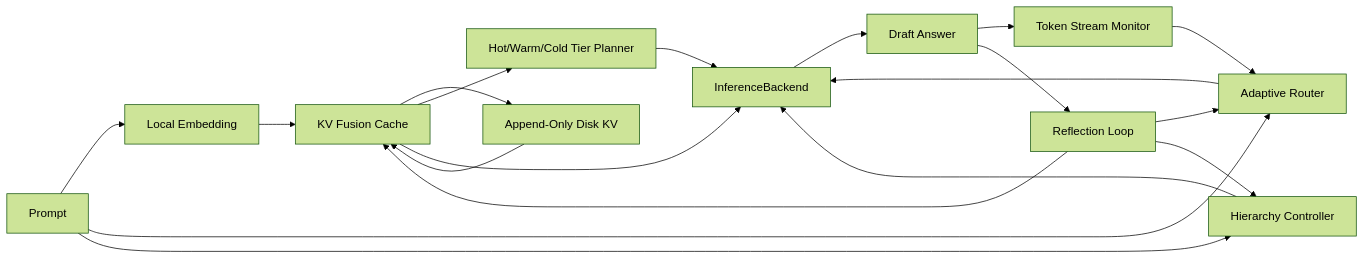
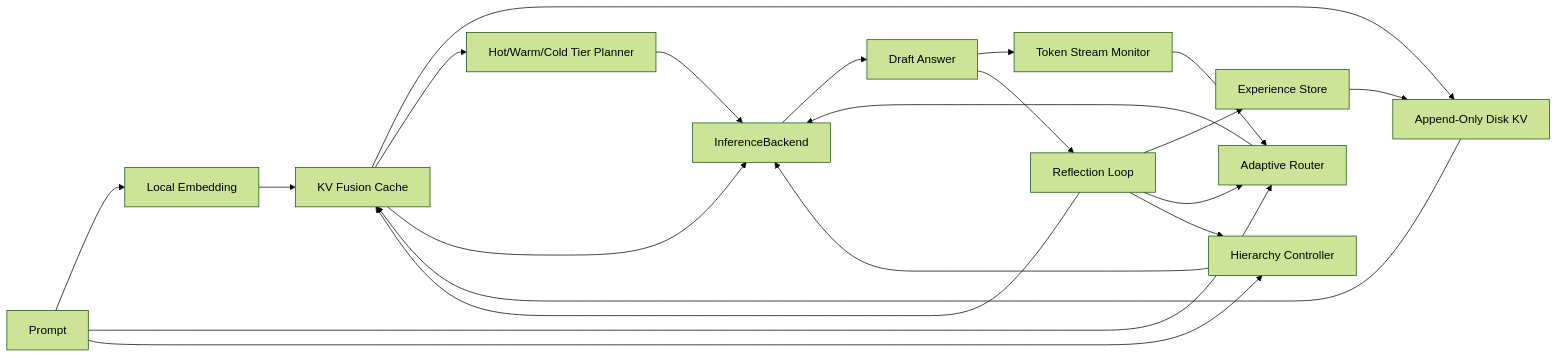
One commit to yanghao1143/rust-norion changed the diagram in README.md. Above: the diagram before and after it, drawn with Mermaid (forest theme). The commit also changed other lines of this file and 4 other files, not shown here.

Commit message:
Add structured experience store

````diff
--- a/README.md
+++ b/README.md
@@ -89,21 +92,23 @@
 ```mermaid
 flowchart LR
     Prompt[Prompt] --> Embed[Local Embedding]
     Embed --> Memory[KV Fusion Cache]
     Memory --> DiskKV[Append-Only Disk KV]
     Memory --> Tiers[Hot/Warm/Cold Tier Planner]
     Prompt --> Router[Adaptive Router]
     Prompt --> Hierarchy[Hierarchy Controller]
     Memory --> Backend[InferenceBackend]
     DiskKV --> Memory
     Tiers --> Backend
     Router --> Backend
     Hierarchy --> Backend
     Backend --> Draft[Draft Answer]
     Draft --> Stream[Token Stream Monitor]
     Draft --> Reflect[Reflection Loop]
     Stream --> Router
+    Reflect --> Experience[Experience Store]
     Reflect --> Memory
+    Experience --> DiskKV
     Reflect --> Router
     Reflect --> Hierarchy
 ```
````
